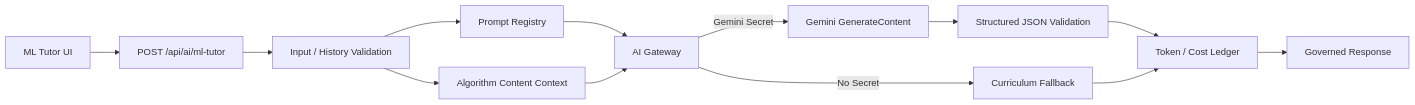
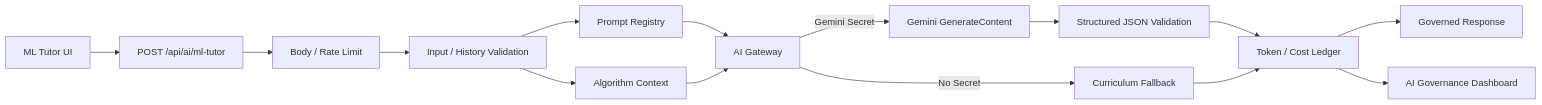
Before and after one commit to gshan1209-cell/AI-Learning-Portfolio: the diagram in docs/architecture/AI_GATEWAY.md, drawn with Mermaid. The commit also changed other lines of this file, not shown here.

Commit message:
docs: update AI governance dashboard and prompt version

````diff
--- a/docs/architecture/AI_GATEWAY.md
+++ b/docs/architecture/AI_GATEWAY.md
@@ -14,15 +15,17 @@
 ```mermaid
 flowchart LR
   UI[ML Tutor UI] --> ROUTE[POST /api/ai/ml-tutor]
-  ROUTE --> VALIDATE[Input / History Validation]
-  VALIDATE --> CONTENT[Algorithm Content Context]
+  ROUTE --> LIMIT[Body / Rate Limit]
+  LIMIT --> VALIDATE[Input / History Validation]
+  VALIDATE --> CONTENT[Algorithm Context]
   VALIDATE --> PROMPT[Prompt Registry]
   PROMPT --> GATEWAY[AI Gateway]
   CONTENT --> GATEWAY
   GATEWAY -->|No Secret| FALLBACK[Curriculum Fallback]
   GATEWAY -->|Gemini Secret| GEMINI[Gemini GenerateContent]
   GEMINI --> SCHEMA[Structured JSON Validation]
   SCHEMA --> LEDGER[Token / Cost Ledger]
   FALLBACK --> LEDGER
   LEDGER --> RESPONSE[Governed Response]
+  LEDGER --> DASHBOARD[AI Governance Dashboard]
 ```
````
